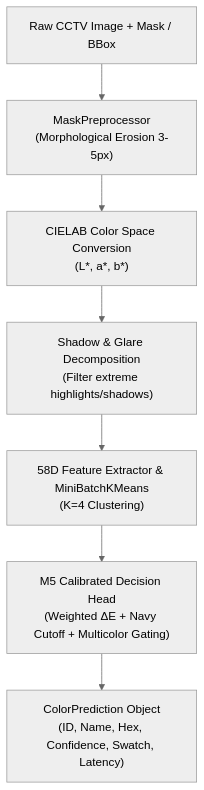
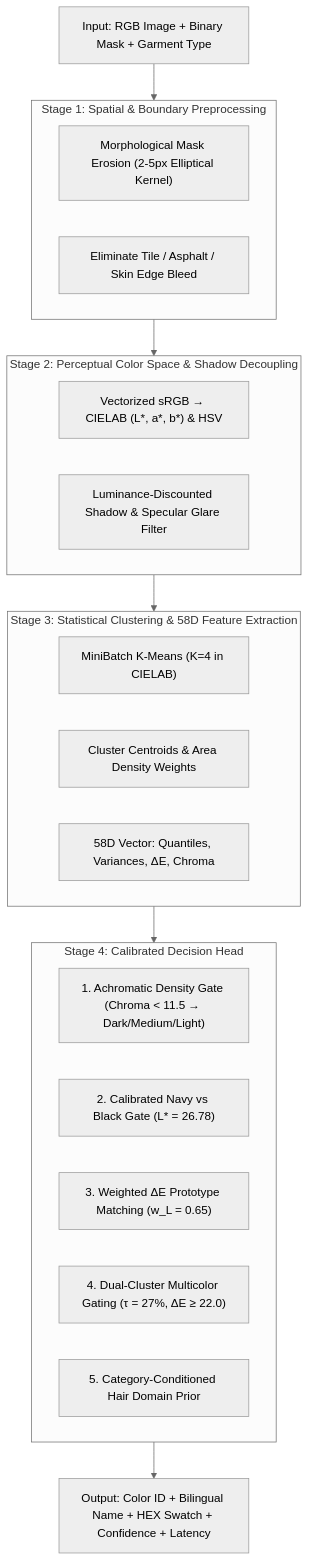
Before and after one commit to folklazy/Garment-Color-Extractor: the diagram in README.md, drawn with Mermaid (neutral theme). The commit also changed other lines of this file and 24 other files, not shown here.

````diff
--- a/README.md
+++ b/README.md
@@ -48,9 +51,36 @@
 ```mermaid
 flowchart TD
-    A["Raw CCTV Image + Mask / BBox"] --> B["MaskPreprocessor<br>(Morphological Erosion 3-5px)"]
-    B --> C["CIELAB Color Space Conversion<br>(L*, a*, b*)"]
-    C --> D["Shadow & Glare Decomposition<br>(Filter extreme highlights/shadows)"]
-    D --> E["58D Feature Extractor & MiniBatchKMeans<br>(K=4 Clustering)"]
-    E --> F["M5 Calibrated Decision Head<br>(Weighted ΔE + Navy Cutoff + Multicolor Gating)"]
-    F --> G["ColorPrediction Object<br>(ID, Name, Hex, Confidence, Swatch, Latency)"]
+    In["Input: RGB Image + Binary Mask + Garment Type"] --> S1
+    
+    subgraph S1 ["Stage 1: Spatial & Boundary Preprocessing"]
+        S1_1["Morphological Mask Erosion (2-5px Elliptical Kernel)"]
+        S1_2["Eliminate Tile / Asphalt / Skin Edge Bleed"]
+    end
+    
+    S1 --> S2
+    
+    subgraph S2 ["Stage 2: Perceptual Color Space & Shadow Decoupling"]
+        S2_1["Vectorized sRGB → CIELAB (L*, a*, b*) & HSV"]
+        S2_2["Luminance-Discounted Shadow & Specular Glare Filter"]
+    end
+    
+    S2 --> S3
+    
+    subgraph S3 ["Stage 3: Statistical Clustering & 58D Feature Extraction"]
+        S3_1["MiniBatch K-Means (K=4 in CIELAB)"]
+        S3_2["Cluster Centroids & Area Density Weights"]
+        S3_3["58D Vector: Quantiles, Variances, ΔE, Chroma"]
+    end
+    
+    S3 --> S4
+    
+    subgraph S4 ["Stage 4: Calibrated Decision Head"]
+        S4_1["1. Achromatic Density Gate (Chroma < 11.5 → Dark/Medium/Light)"]
+        S4_2["2. Calibrated Navy vs Black Gate (L* = 26.78)"]
+        S4_3["3. Weighted ΔE Prototype Matching (w_L = 0.65)"]
+        S4_4["4. Dual-Cluster Multicolor Gating (τ = 27%, ΔE ≥ 22.0)"]
+        S4_5["5. Category-Conditioned Hair Domain Prior"]
+    end
+    
+    S4 --> Out["Output: Color ID + Bilingual Name + HEX Swatch + Confidence + Latency"]
 ```
````
